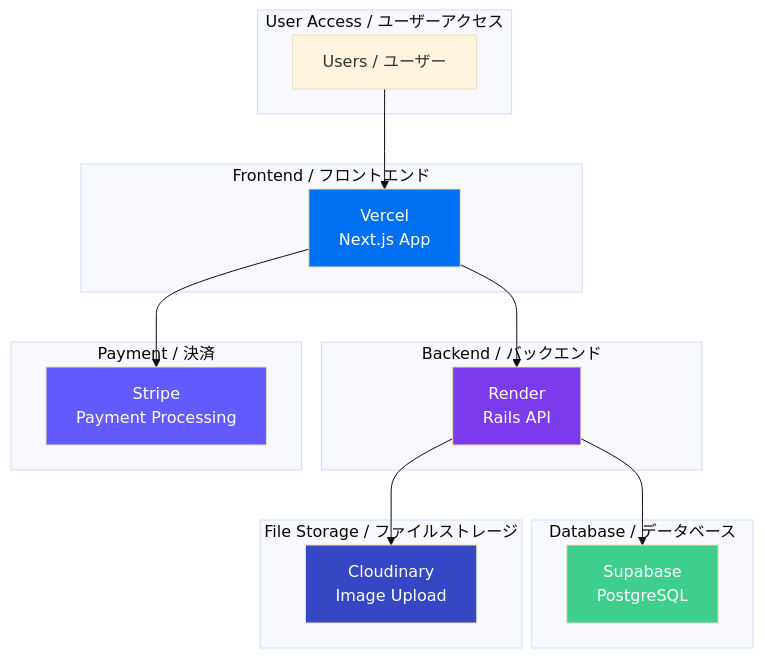
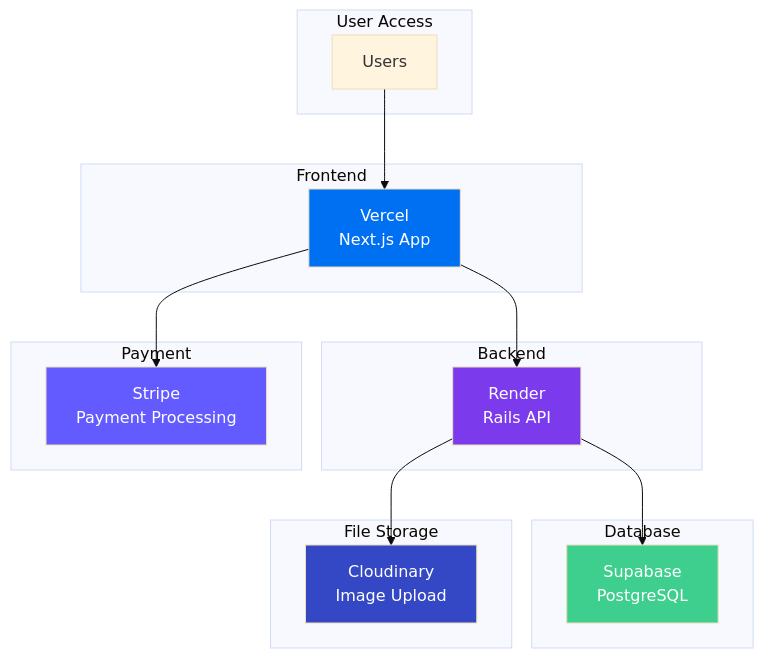
The first of 2 diagrams in README.md (tomooshima0828/portfolio-next-rails-ecsite), drawn with Mermaid (base theme) before and after one commit. The commit also changed other lines of this file and 1 other file, not shown here.

Commit message:
📝 Add documents and production architecture

````diff
--- a/README.md
+++ b/README.md
@@ -61,38 +61,38 @@
 ```mermaid
 graph TB
-    subgraph "User Access / ユーザーアクセス"
-        U[Users / ユーザー]
+    subgraph "User Access"
+        U[Users]
     end
     
-    subgraph "Frontend / フロントエンド"
+    subgraph "Frontend"
         V[Vercel<br/>Next.js App]
     end
     
-    subgraph "Backend / バックエンド"
+    subgraph "Backend"
         R[Render<br/>Rails API]
     end
     
-    subgraph "Database / データベース"
+    subgraph "Database"
         S[Supabase<br/>PostgreSQL]
     end
     
-    subgraph "File Storage / ファイルストレージ"
+    subgraph "File Storage"
         C[Cloudinary<br/>Image Upload]
     end
     
-    subgraph "Payment / 決済"
+    subgraph "Payment"
         ST[Stripe<br/>Payment Processing]
     end
     
     U --> V
     V --> R
     R --> S
     R --> C
     V --> ST
     
     style V fill:#0070f3,color:#fff
     style R fill:#7c3aed,color:#fff
     style S fill:#3ecf8e,color:#fff
     style C fill:#3448c5,color:#fff
     style ST fill:#635bff,color:#fff
 ```
````
